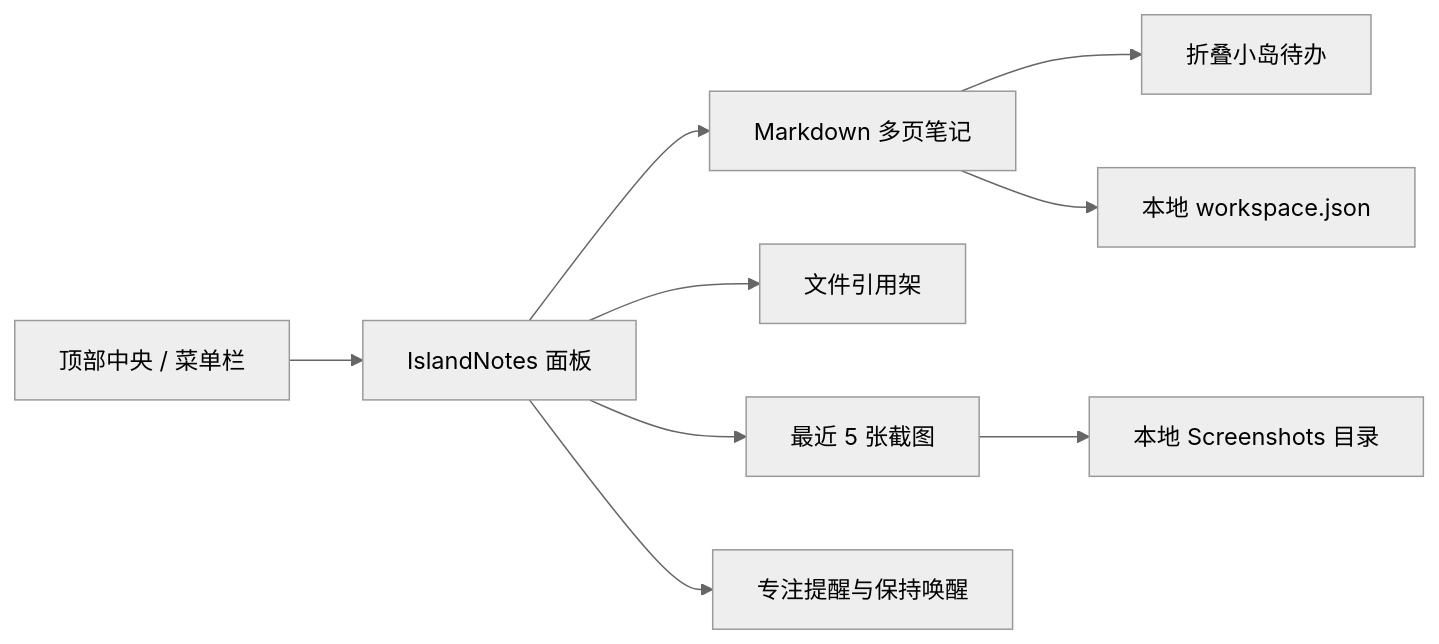
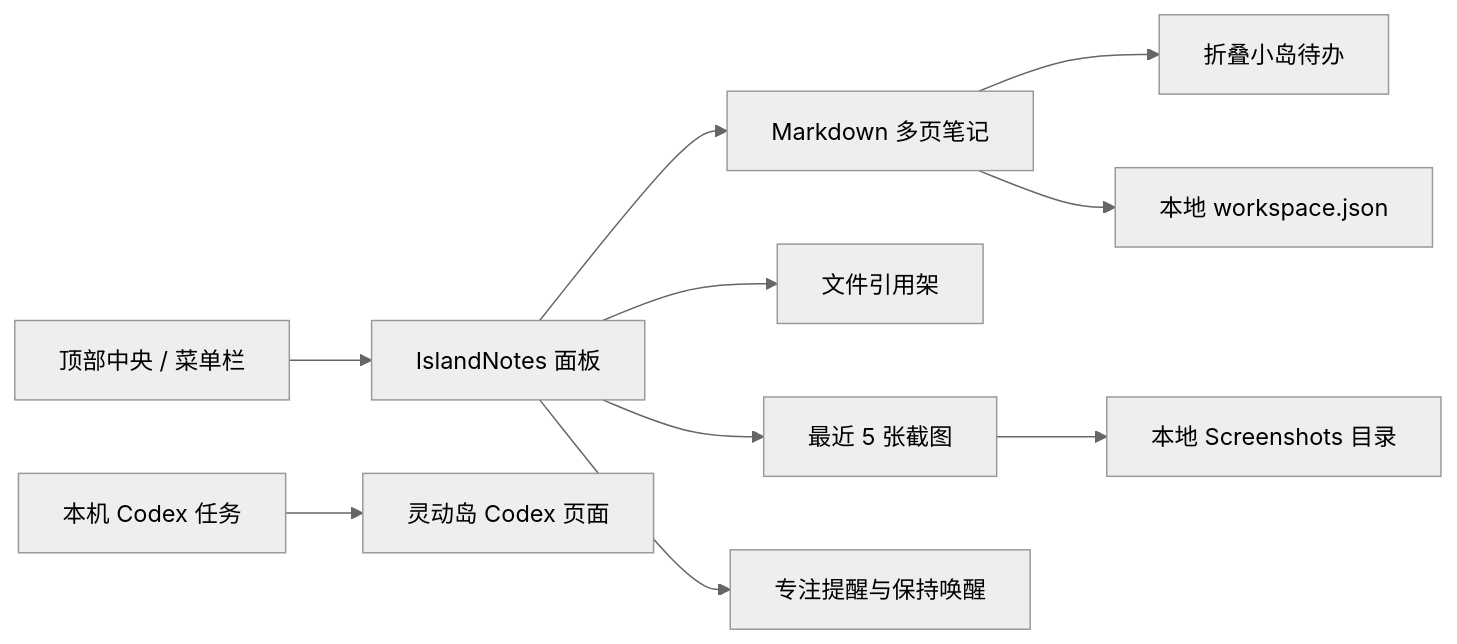
The diagram in README.md (wqtnaruto/IslandNotes), drawn with Mermaid (neutral theme) before and after one commit. The commit also changed other lines of this file and 6 other files, not shown here.

````diff
--- a/README.md
+++ b/README.md
@@ -122,11 +126,12 @@
 ```mermaid
 flowchart LR
     A[顶部中央 / 菜单栏] --> B[IslandNotes 面板]
     B --> C[Markdown 多页笔记]
     B --> D[文件引用架]
     B --> E[最近 5 张截图]
     C --> F[折叠小岛待办]
     B --> G[专注提醒与保持唤醒]
     C --> H[本地 workspace.json]
     E --> I[本地 Screenshots 目录]
+    J[本机 Codex 任务] --> K[灵动岛 Codex 页面]
 ```
````
